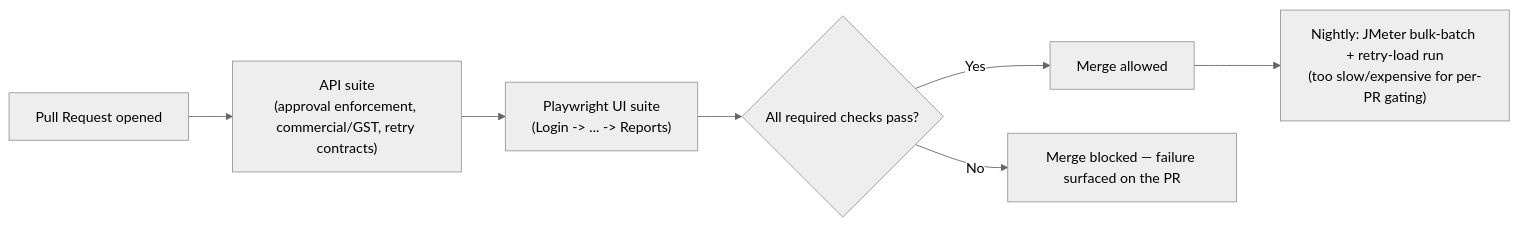
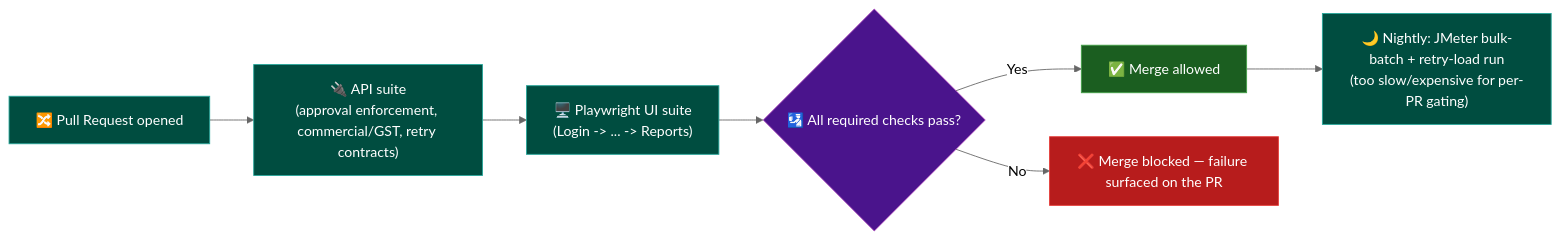
The second of 2 diagrams in docs/tech-and-skills.md (ghanendra-sdet/fintech-payout-engine), drawn with Mermaid (neutral theme) before and after one commit. The commit also changed other lines of this file, not shown here.

Commit message:
docs: enhance pipeline diagrams and correct test case count

````diff
--- a/docs/tech-and-skills.md
+++ b/docs/tech-and-skills.md
@@ -56,9 +60,18 @@
 ```mermaid
 flowchart LR
-    PR["Pull Request opened"] --> API["API suite<br/>(approval enforcement, commercial/GST, retry contracts)"]
-    API --> UI["Playwright UI suite<br/>(Login -> ... -> Reports)"]
-    UI --> Gate{"All required checks pass?"}
-    Gate -->|Yes| Merge["Merge allowed"]
-    Gate -->|No| Block["Merge blocked — failure surfaced on the PR"]
-    Merge --> Nightly["Nightly: JMeter bulk-batch + retry-load run<br/>(too slow/expensive for per-PR gating)"]
+    PR["🔀 Pull Request opened"] --> API["🔌 API suite<br/>(approval enforcement, commercial/GST, retry contracts)"]
+    API --> UI["🖥️ Playwright UI suite<br/>(Login -> ... -> Reports)"]
+    UI --> Gate{"🛂 All required checks pass?"}
+    Gate -->|Yes| Merge["✅ Merge allowed"]
+    Gate -->|No| Block["❌ Merge blocked — failure surfaced on the PR"]
+    Merge --> Nightly["🌙 Nightly: JMeter bulk-batch + retry-load run<br/>(too slow/expensive for per-PR gating)"]
+
+    classDef service fill:#004d40,stroke:#26a69a,color:#fff
+    classDef gate fill:#4a148c,stroke:#ab47bc,color:#fff
+    classDef good fill:#1b5e20,stroke:#43a047,color:#fff
+    classDef bad fill:#b71c1c,stroke:#e53935,color:#fff
+    class PR,API,UI,Nightly service
+    class Gate gate
+    class Merge good
+    class Block bad
 ```
````
